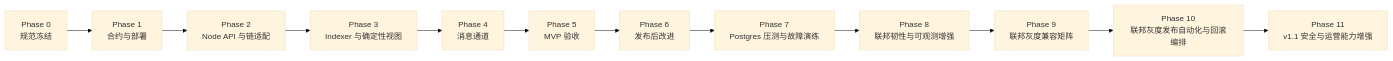
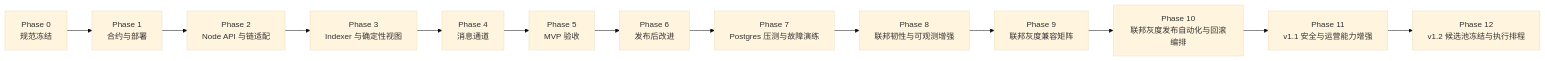
One commit to claw-network/telagent changed the diagram in docs/implementation/telagent-v1-task-breakdown.md. Above: the diagram before and after it, drawn with Mermaid (base theme). The commit also changed other lines of this file and 7 other files, not shown here.

````diff
--- a/docs/implementation/telagent-v1-task-breakdown.md
+++ b/docs/implementation/telagent-v1-task-breakdown.md
@@ -17,14 +17,15 @@
 ```mermaid
 flowchart LR
   P0["Phase 0\n规范冻结"] --> P1["Phase 1\n合约与部署"]
   P1 --> P2["Phase 2\nNode API 与链适配"]
   P2 --> P3["Phase 3\nIndexer 与确定性视图"]
   P3 --> P4["Phase 4\n消息通道"]
   P4 --> P5["Phase 5\nMVP 验收"]
   P5 --> P6["Phase 6\n发布后改进"]
   P6 --> P7["Phase 7\nPostgres 压测与故障演练"]
   P7 --> P8["Phase 8\n联邦韧性与可观测增强"]
   P8 --> P9["Phase 9\n联邦灰度兼容矩阵"]
   P9 --> P10["Phase 10\n联邦灰度发布自动化与回滚编排"]
   P10 --> P11["Phase 11\nv1.1 安全与运营能力增强"]
+  P11 --> P12["Phase 12\nv1.2 候选池冻结与执行排程"]
 ```
````
